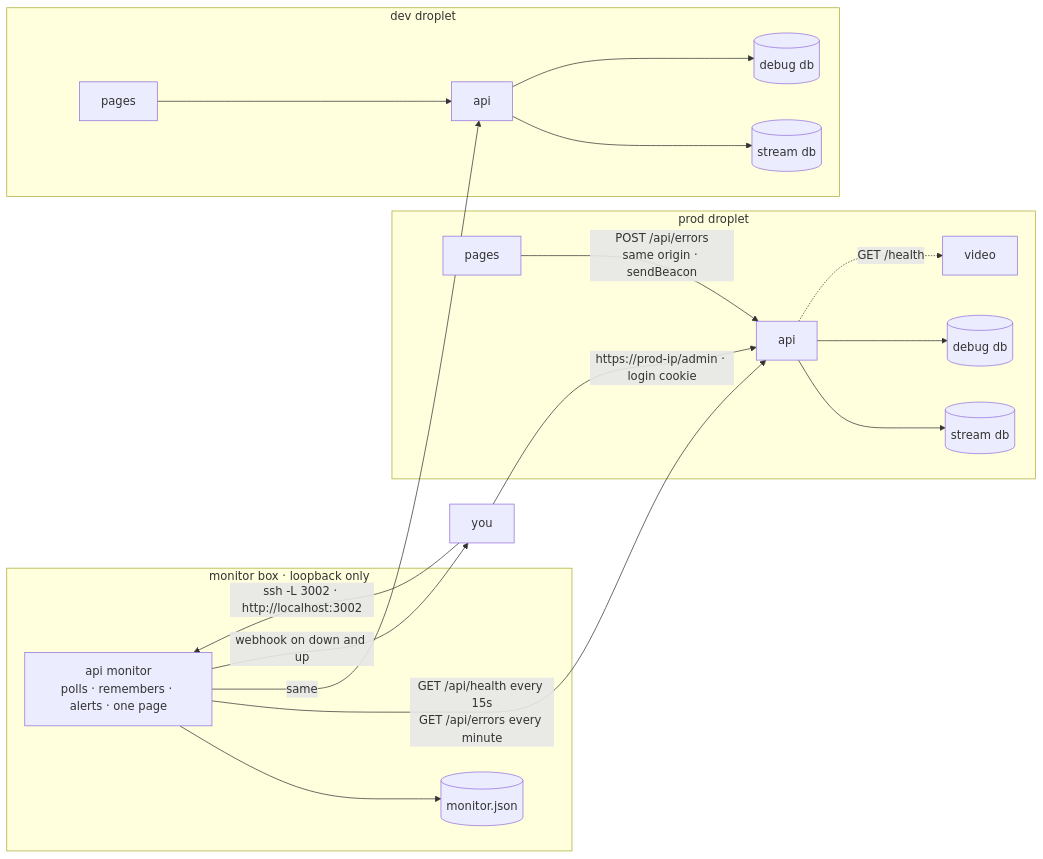
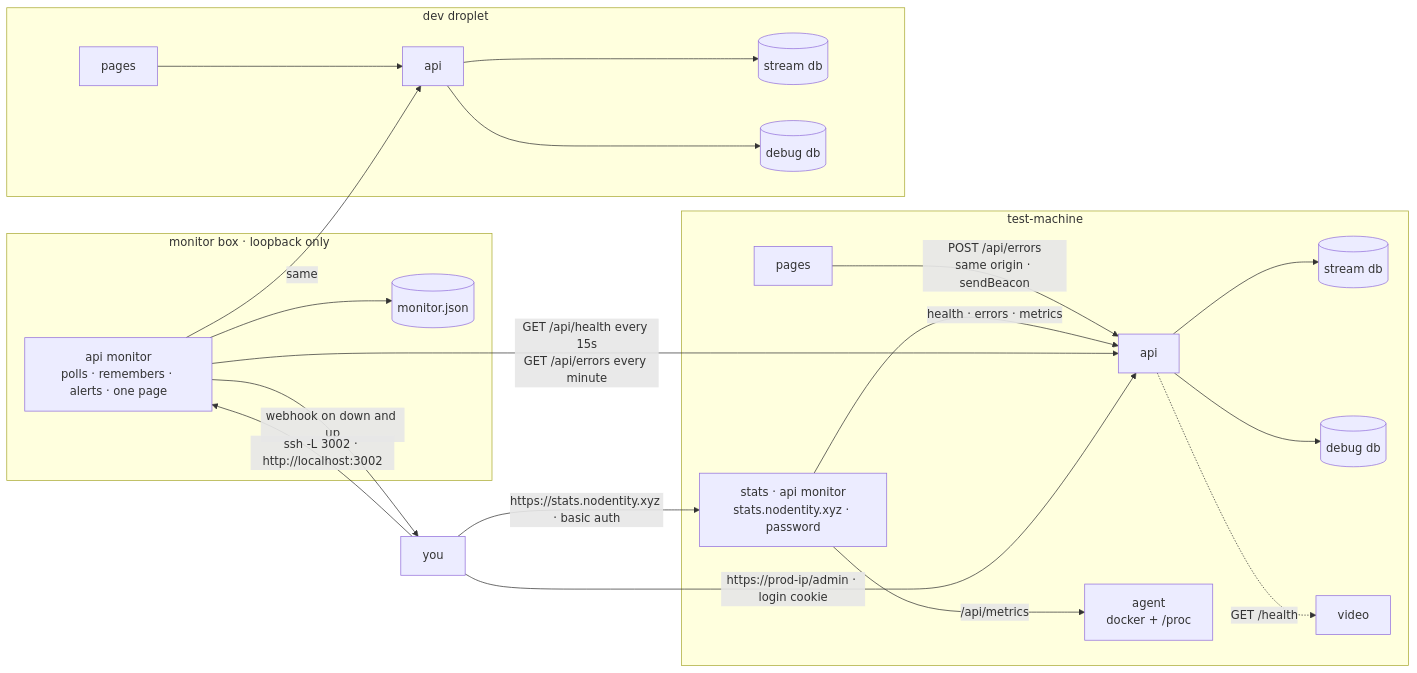
Before and after one commit to ZeroNerodaHero/slop-stream-architecture: the diagram in docs/debugging.md, drawn with Mermaid. The commit also changed other lines of this file and 4 other files, not shown here.

First line of the commit message:
docs: the agent, the stats site, its password and adding a vm

````diff
--- a/docs/debugging.md
+++ b/docs/debugging.md
@@ -14,24 +14,27 @@
 ```mermaid
 flowchart LR
-  subgraph prod["prod droplet"]
+  subgraph prod["test-machine"]
     pfe[pages] -->|"POST /api/errors<br/>same origin · sendBeacon"| papi[api]
+    pstats["stats · api monitor<br/>stats.nodentity.xyz · password"] -->|"health · errors · metrics"| papi
+    pstats -->|"/api/metrics"| pagent["agent<br/>docker + /proc"]
     papi --> pdb[(stream db)]
     papi --> pdbg[(debug db)]
     papi -.->|"GET /health"| pvideo[video]
   end
   subgraph dev["dev droplet"]
     dfe[pages] --> dapi[api]
     dapi --> ddb[(stream db)]
     dapi --> ddbg[(debug db)]
   end
   subgraph mon["monitor box · loopback only"]
     monitor["api monitor<br/>polls · remembers · alerts · one page"]
     file[("monitor.json")]
   end
   monitor --> file
   monitor -->|"GET /api/health every 15s<br/>GET /api/errors every minute"| papi
   monitor -->|"same"| dapi
   monitor -->|"webhook on down and up"| you[you]
   you -->|"ssh -L 3002 · http://localhost:3002"| monitor
+  you -->|"https://stats.nodentity.xyz · basic auth"| pstats
   you -->|"https://prod-ip/admin · login cookie"| papi
 ```
````
